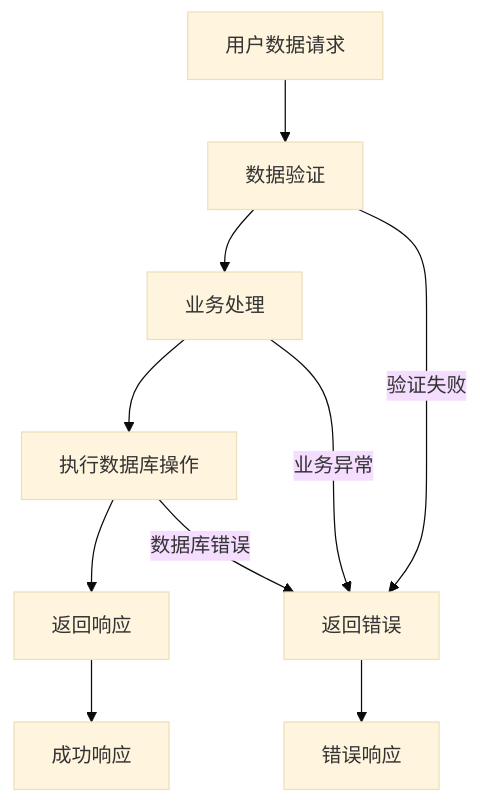
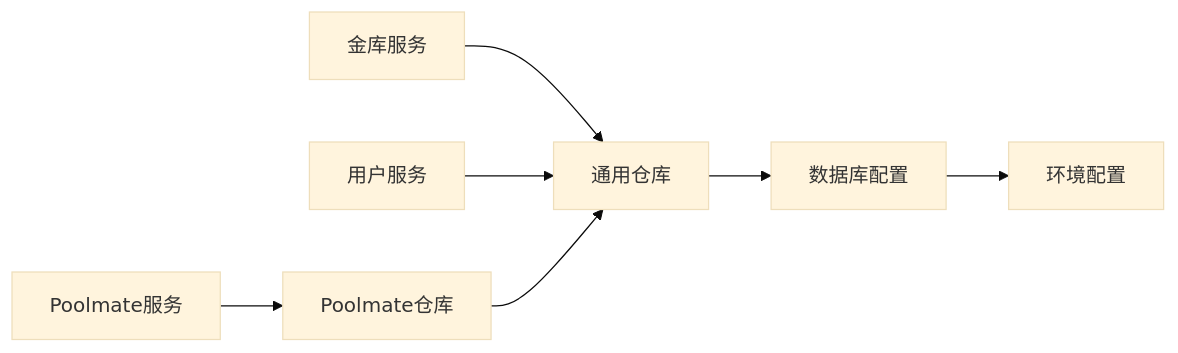
The fourth of 4 diagrams in .qoder/repowiki/zh/content/数据流与状态管理/数据持久化层.md (Maki3991/study-PactLedger), drawn with Mermaid (base theme) before and after one commit. The commit also changed other lines of this file and 8 other files, not shown here.

````diff
--- a/.qoder/repowiki/zh/content/数据流与状态管理/数据持久化层.md
+++ b/.qoder/repowiki/zh/content/数据流与状态管理/数据持久化层.md
@@ -417,12 +220,9 @@
 ```mermaid
-flowchart TD
-UserReq["用户数据请求"] --> Validate["数据验证"]
-Validate --> Process["业务处理"]
-Process --> Execute["执行数据库操作"]
-Execute --> Response["返回响应"]
-Validate --> |验证失败| Error["返回错误"]
-Process --> |业务异常| Error
-Execute --> |数据库错误| Error
-Error --> UserResp["错误响应"]
-Response --> Success["成功响应"]
+graph LR
+PoolmateService["Poolmate服务"] --> PoolmateRepo["Poolmate仓库"]
+Treasury["金库服务"] --> Repo["通用仓库"]
+Users["用户服务"] --> Repo
+PoolmateRepo --> Repo
+Repo --> DBConfig["数据库配置"]
+DBConfig --> EnvConfig["环境配置"]
 ```
````
